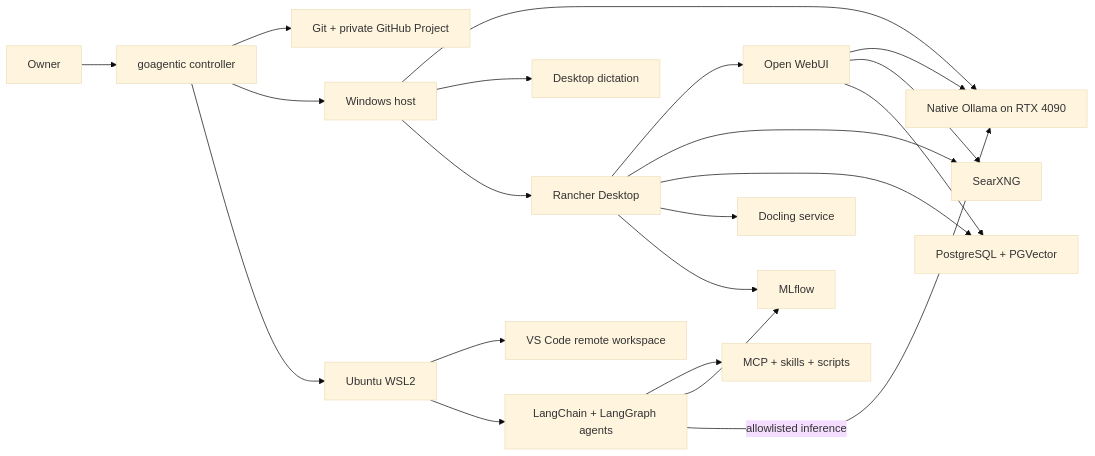
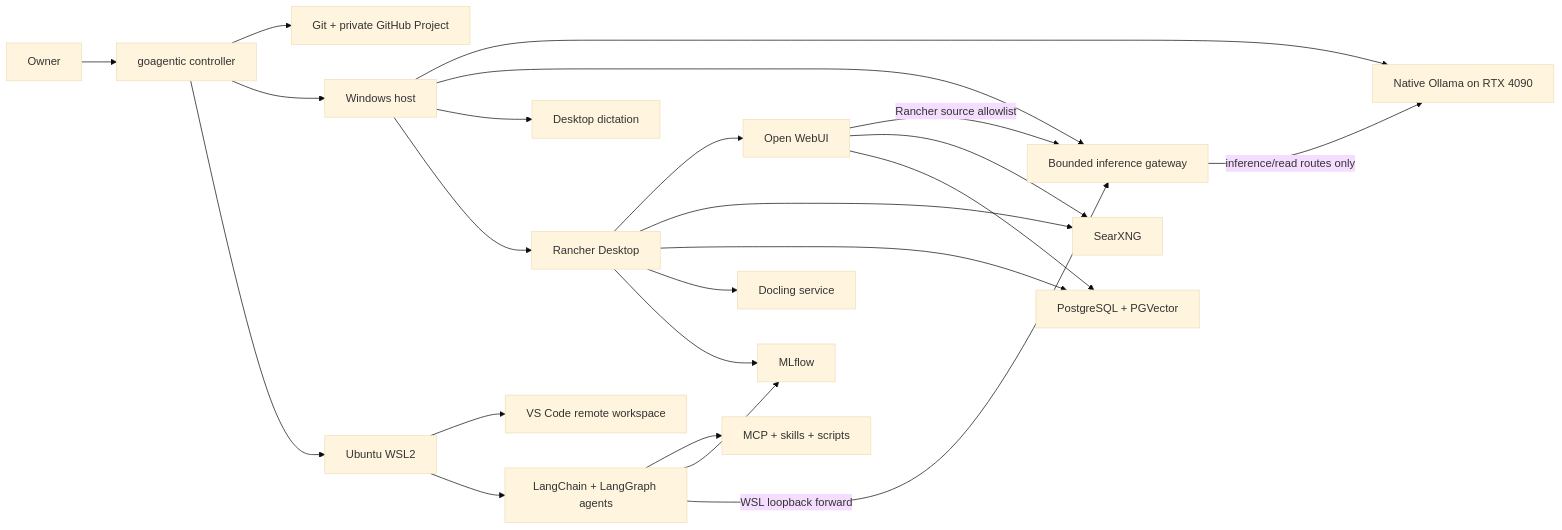
The diagram in docs/specifications/program/LOCAL-AI-AGENTIC-WORKSTATION-PROGRAM.md (banksjim/local-llm-setup), drawn with Mermaid (base theme) before and after one commit. The commit also changed other lines of this file and 47 other files, not shown here.

````diff
--- a/docs/specifications/program/LOCAL-AI-AGENTIC-WORKSTATION-PROGRAM.md
+++ b/docs/specifications/program/LOCAL-AI-AGENTIC-WORKSTATION-PROGRAM.md
@@ -60,23 +60,25 @@
 ```mermaid
 flowchart LR
     U[Owner] --> G[goagentic controller]
     G --> GH[Git + private GitHub Project]
     G --> W[Windows host]
     G --> L[Ubuntu WSL2]
     W --> O[Native Ollama on RTX 4090]
+    W --> GW[Bounded inference gateway]
     W --> D[Desktop dictation]
     W --> R[Rancher Desktop]
     R --> OW[Open WebUI]
     R --> SX[SearXNG]
     R --> DB[PostgreSQL + PGVector]
     R --> DC[Docling service]
     R --> MF[MLflow]
     L --> VS[VS Code remote workspace]
     L --> AG[LangChain + LangGraph agents]
     AG --> MCP[MCP + skills + scripts]
     AG --> MF
-    AG -->|allowlisted inference| O
-    OW --> O
+    AG -->|WSL loopback forward| GW
+    OW -->|Rancher source allowlist| GW
+    GW -->|inference/read routes only| O
     OW --> SX
     OW --> DB
 ```
````
